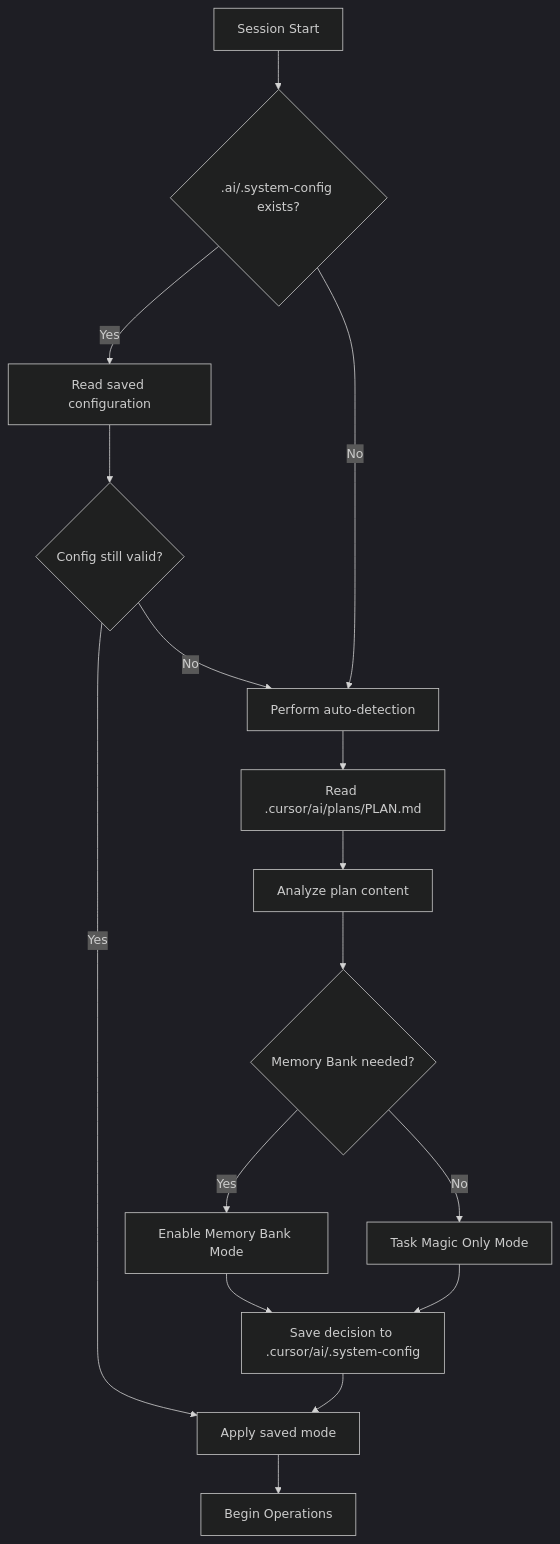
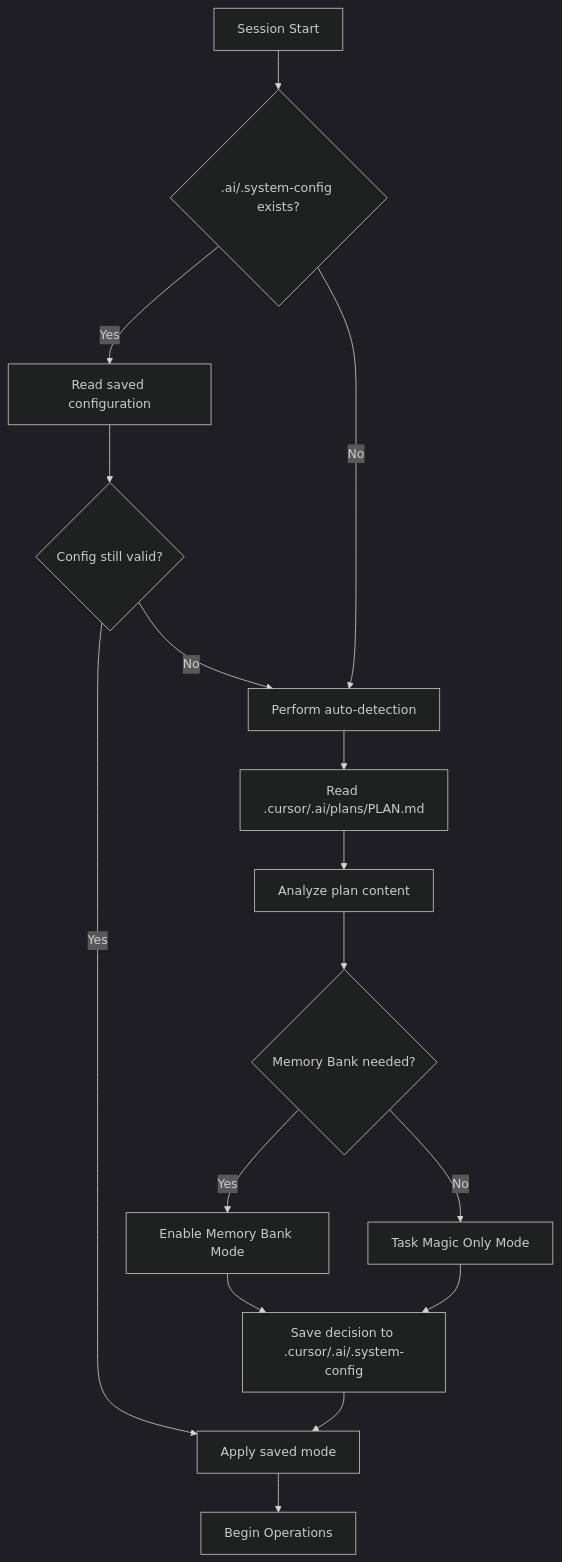
Before and after one commit to louisfghbvc/coverity-agent: the first of 12 diagrams in .cursor/rules/memory-bank.mdc, drawn with Mermaid (dark theme). The commit also changed other lines of this file and 10 other files, not shown here.

````diff
--- a/.cursor/rules/memory-bank.mdc
+++ b/.cursor/rules/memory-bank.mdc
@@ -20,24 +20,24 @@
 ```mermaid
 flowchart TD
     Start[Session Start] --> ConfigCheck{.ai/.system-config exists?}
     
     ConfigCheck -->|Yes| ReadConfig[Read saved configuration]
     ConfigCheck -->|No| AutoDetect[Perform auto-detection]
     
     ReadConfig --> ValidateConfig{Config still valid?}
     ValidateConfig -->|Yes| ApplyMode[Apply saved mode]
     ValidateConfig -->|No| AutoDetect
     
-    AutoDetect --> ReadPlan[Read .cursor/ai/plans/PLAN.md]
+    AutoDetect --> ReadPlan[Read .cursor/.ai/plans/PLAN.md]
     ReadPlan --> AnalyzePlan[Analyze plan content]
     AnalyzePlan --> Decision{Memory Bank needed?}
     
     Decision -->|Yes| EnableMB[Enable Memory Bank Mode]
     Decision -->|No| TaskOnly[Task Magic Only Mode]
     
-    EnableMB --> SaveConfig[Save decision to .cursor/ai/.system-config]
+    EnableMB --> SaveConfig[Save decision to .cursor/.ai/.system-config]
     TaskOnly --> SaveConfig
     SaveConfig --> ApplyMode
     
     ApplyMode --> BeginWork[Begin Operations]
 ```
````
